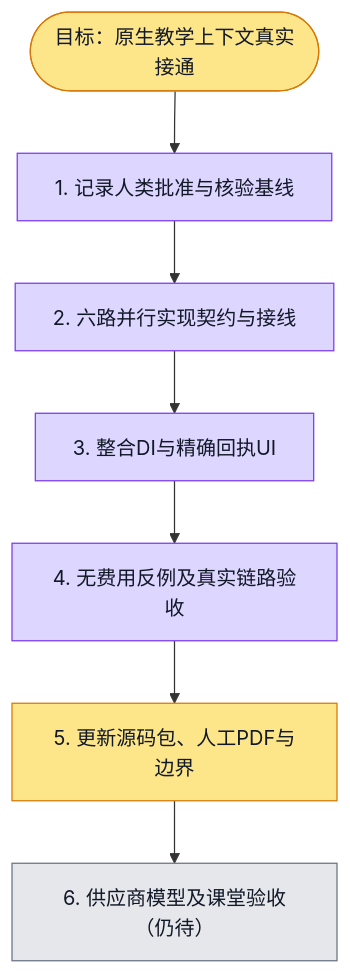
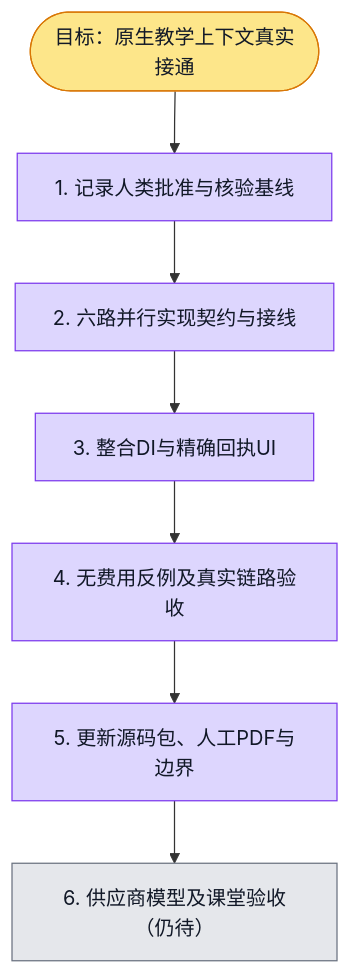
The diagram in docs/evidence/aidt-native/context-bridge-20261116/execution.plan.md (boardx/workspacex), drawn with Mermaid before and after one commit. The commit also changed 1 other file, not shown here.

Commit message:
docs(aidt): record delivered source and human acceptance versions

````diff
--- a/docs/evidence/aidt-native/context-bridge-20261116/execution.plan.md
+++ b/docs/evidence/aidt-native/context-bridge-20261116/execution.plan.md
@@ -17,30 +17,31 @@
 ```mermaid
 flowchart TD
   G([目标：原生教学上下文真实接通])
   S1[1. 记录人类批准与核验基线]
   S2[2. 六路并行实现契约与接线]
   S3[3. 整合DI与精确回执UI]
   S4[4. 无费用反例及真实链路验收]
   S5[5. 更新源码包、人工PDF与边界]
   S6[6. 供应商模型及课堂验收（仍待）]
 
   G --> S1 --> S2 --> S3 --> S4 --> S5 --> S6
 
   classDef todo fill:#e5e7eb,stroke:#6b7280,color:#111827
   classDef doing fill:#fde68a,stroke:#d97706,color:#111827
   classDef done fill:#bbf7d0,stroke:#16a34a,color:#111827
   classDef tested fill:#ddd6fe,stroke:#7c3aed,color:#111827
   classDef blocked fill:#fecaca,stroke:#dc2626,color:#111827
 
   class G doing
   class S1 tested
   %% evidence S1: 真实用户本轮批准；/tmp/aidt-context-init-02.log exit0
   class S2 tested
   %% evidence S2: 六路实现sourceReady；各owner实际定向反例与类型绿，证据见a1/a2/a3/a4及context-bridge/a5
   class S3 tested
   %% evidence S3: kernel DI实际接线；API/Web全tsc首轮exit0；receipt11/11与lint0
   class S4 tested
   %% evidence S4: 真实PG22/22；741bc生产构建prepared-only真实浏览器1pass；A1独立核0模型0用量0active，资源全部释放；供应商/课堂另列S6未验
-  class S5 doing
+  class S5 tested
+  %% evidence S5: 源码同身份版本5/50,035,014bytes/12,151源文件manifest全部SHA核对；PDF同身份v4/26页内嵌字体且保存后回读；人签为空，真实模型S6节点未验
   class S6 todo
 ```
````
